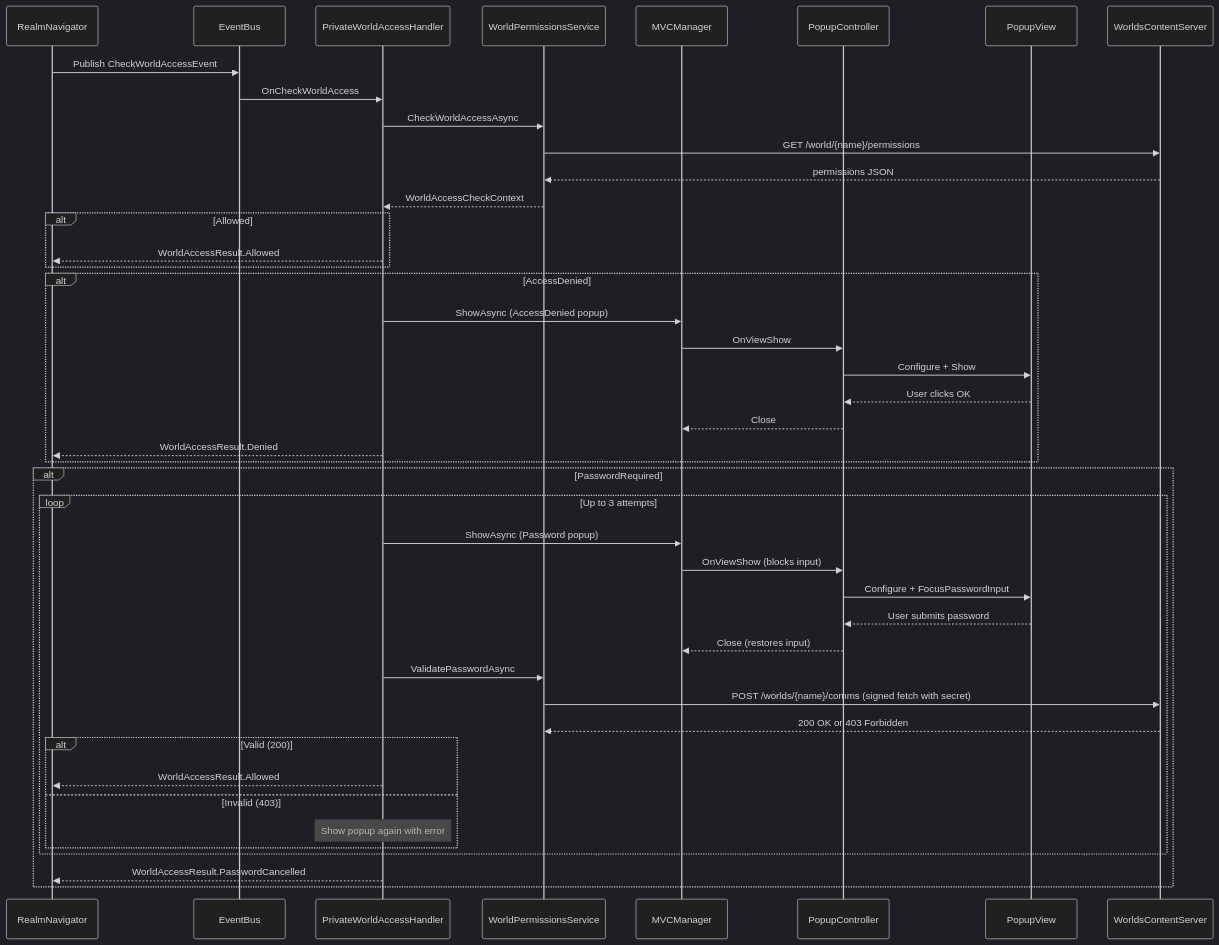
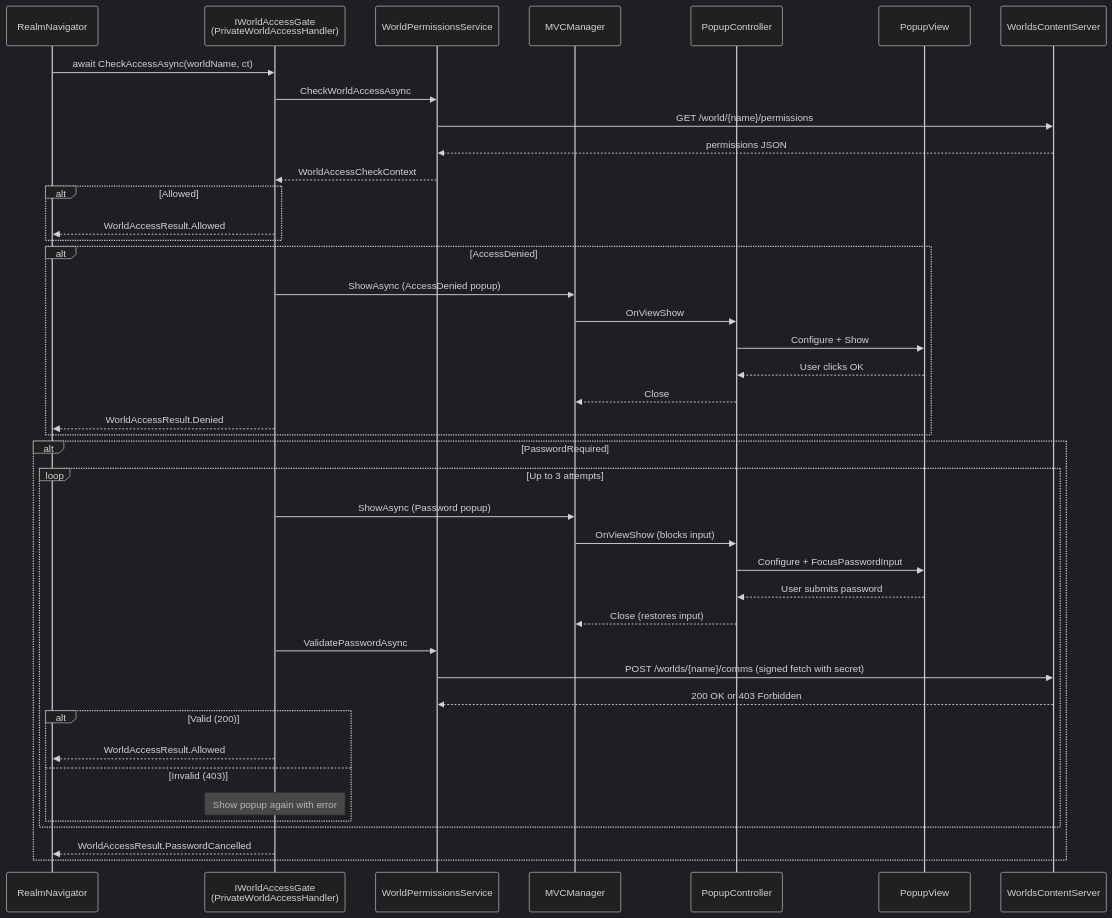
One commit to decentraland/unity-explorer changed the first of 2 diagrams in Explorer/Assets/DCL/PrivateWorlds/README.md. Above: the diagram before and after it, drawn with Mermaid (dark theme). The commit also changed other lines of this file and 14 other files, not shown here.

Commit message:
refactor: replace EventBus with direct IWorldAccessGate for private world access

````diff
--- a/Explorer/Assets/DCL/PrivateWorlds/README.md
+++ b/Explorer/Assets/DCL/PrivateWorlds/README.md
@@ -17,50 +17,48 @@
 ```mermaid
 sequenceDiagram
     participant RN as RealmNavigator
-    participant EB as EventBus
-    participant AH as PrivateWorldAccessHandler
+    participant Gate as IWorldAccessGate<br/>(PrivateWorldAccessHandler)
     participant WPS as WorldPermissionsService
     participant MVC as MVCManager
     participant PC as PopupController
     participant PV as PopupView
     participant API as WorldsContentServer
 
-    RN->>EB: Publish CheckWorldAccessEvent
-    EB->>AH: OnCheckWorldAccess
-    AH->>WPS: CheckWorldAccessAsync
+    RN->>Gate: await CheckAccessAsync(worldName, ct)
+    Gate->>WPS: CheckWorldAccessAsync
     WPS->>API: GET /world/{name}/permissions
     API-->>WPS: permissions JSON
-    WPS-->>AH: WorldAccessCheckContext
+    WPS-->>Gate: WorldAccessCheckContext
 
     alt Allowed
-        AH-->>RN: WorldAccessResult.Allowed
+        Gate-->>RN: WorldAccessResult.Allowed
     end
 
     alt AccessDenied
-        AH->>MVC: ShowAsync (AccessDenied popup)
+        Gate->>MVC: ShowAsync (AccessDenied popup)
         MVC->>PC: OnViewShow
         PC->>PV: Configure + Show
         PV-->>PC: User clicks OK
         PC-->>MVC: Close
-        AH-->>RN: WorldAccessResult.Denied
+        Gate-->>RN: WorldAccessResult.Denied
     end
 
     alt PasswordRequired
         loop Up to 3 attempts
-            AH->>MVC: ShowAsync (Password popup)
+            Gate->>MVC: ShowAsync (Password popup)
             MVC->>PC: OnViewShow (blocks input)
             PC->>PV: Configure + FocusPasswordInput
             PV-->>PC: User submits password
             PC-->>MVC: Close (restores input)
-            AH->>WPS: ValidatePasswordAsync
+            Gate->>WPS: ValidatePasswordAsync
             WPS->>API: POST /worlds/{name}/comms (signed fetch with secret)
             API-->>WPS: 200 OK or 403 Forbidden
             alt Valid (200)
-                AH-->>RN: WorldAccessResult.Allowed
+                Gate-->>RN: WorldAccessResult.Allowed
             else Invalid (403)
-                Note over AH: Show popup again with error
+                Note over Gate: Show popup again with error
             end
         end
-        AH-->>RN: WorldAccessResult.PasswordCancelled
+        Gate-->>RN: WorldAccessResult.PasswordCancelled
     end
 ```
````
